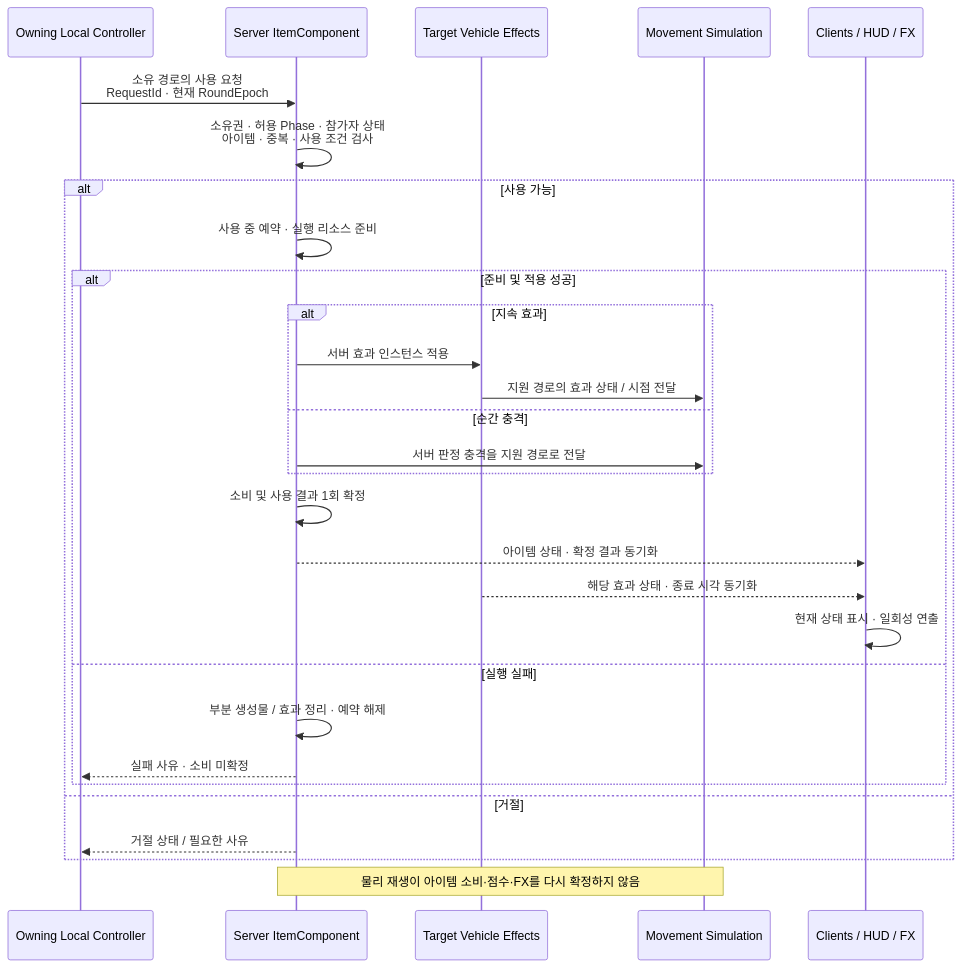
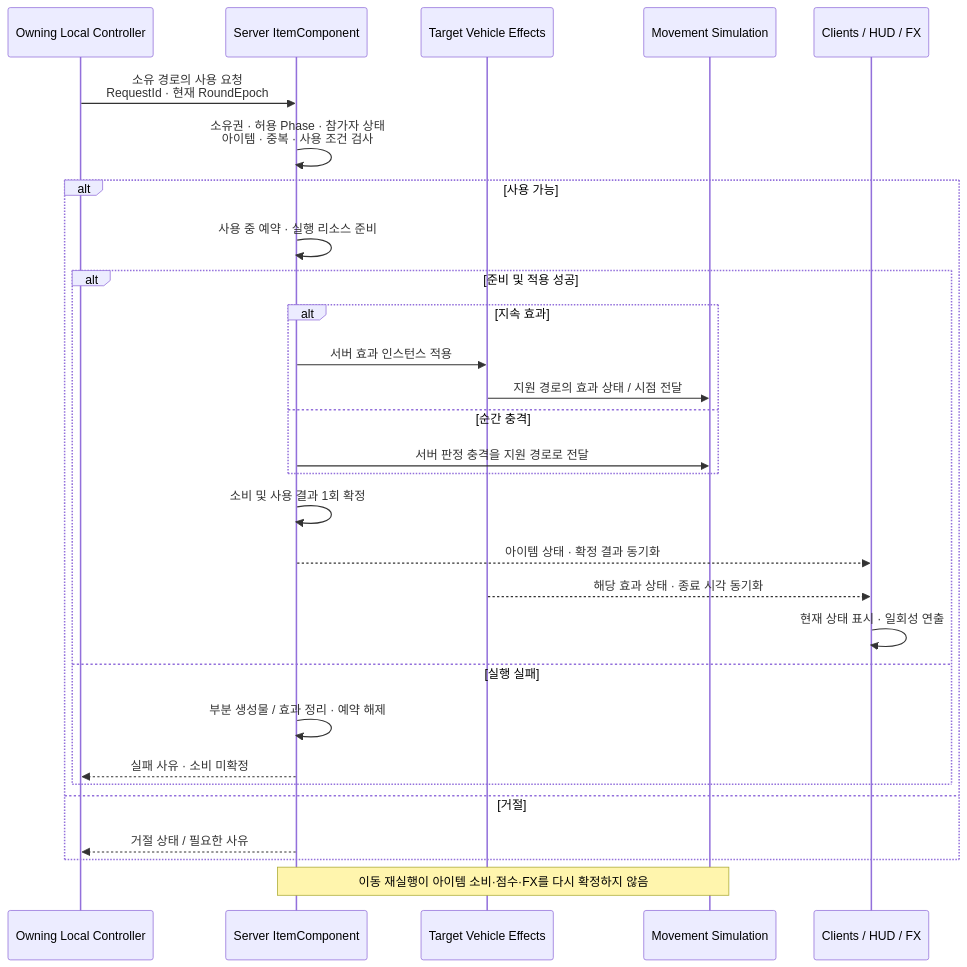
One commit to kevin6091/ProjectMW changed the eighth of 11 diagrams in Docs/Shared/Client,Server/07_차량_입력_이동_효과_설계.md. Above: the diagram before and after it, drawn with Mermaid. The commit also changed other lines of this file and 5 other files, not shown here.

````diff
--- a/Docs/Shared/Client,Server/07_차량_입력_이동_효과_설계.md
+++ b/Docs/Shared/Client,Server/07_차량_입력_이동_효과_설계.md
@@ -337,31 +342,31 @@
 ```mermaid
 sequenceDiagram
     participant U as Owning Local Controller
     participant S as Server ItemComponent
     participant E as Target Vehicle Effects
     participant M as Movement Simulation
     participant C as Clients / HUD / FX
     U->>S: 소유 경로의 사용 요청<br/>RequestId · 현재 RoundEpoch
     S->>S: 소유권 · 허용 Phase · 참가자 상태<br/>아이템 · 중복 · 사용 조건 검사
     alt 사용 가능
         S->>S: 사용 중 예약 · 실행 리소스 준비
         alt 준비 및 적용 성공
             alt 지속 효과
                 S->>E: 서버 효과 인스턴스 적용
                 E->>M: 지원 경로의 효과 상태 / 시점 전달
             else 순간 충격
                 S->>M: 서버 판정 충격을 지원 경로로 전달
             end
             S->>S: 소비 및 사용 결과 1회 확정
             S-->>C: 아이템 상태 · 확정 결과 동기화
             E-->>C: 해당 효과 상태 · 종료 시각 동기화
             C->>C: 현재 상태 표시 · 일회성 연출
         else 실행 실패
             S->>S: 부분 생성물 / 효과 정리 · 예약 해제
             S-->>U: 실패 사유 · 소비 미확정
         end
     else 거절
         S-->>U: 거절 상태 / 필요한 사유
     end
-    Note over S,M: 물리 재생이 아이템 소비·점수·FX를 다시 확정하지 않음
+    Note over S,M: 이동 재실행이 아이템 소비·점수·FX를 다시 확정하지 않음
 ```
````
